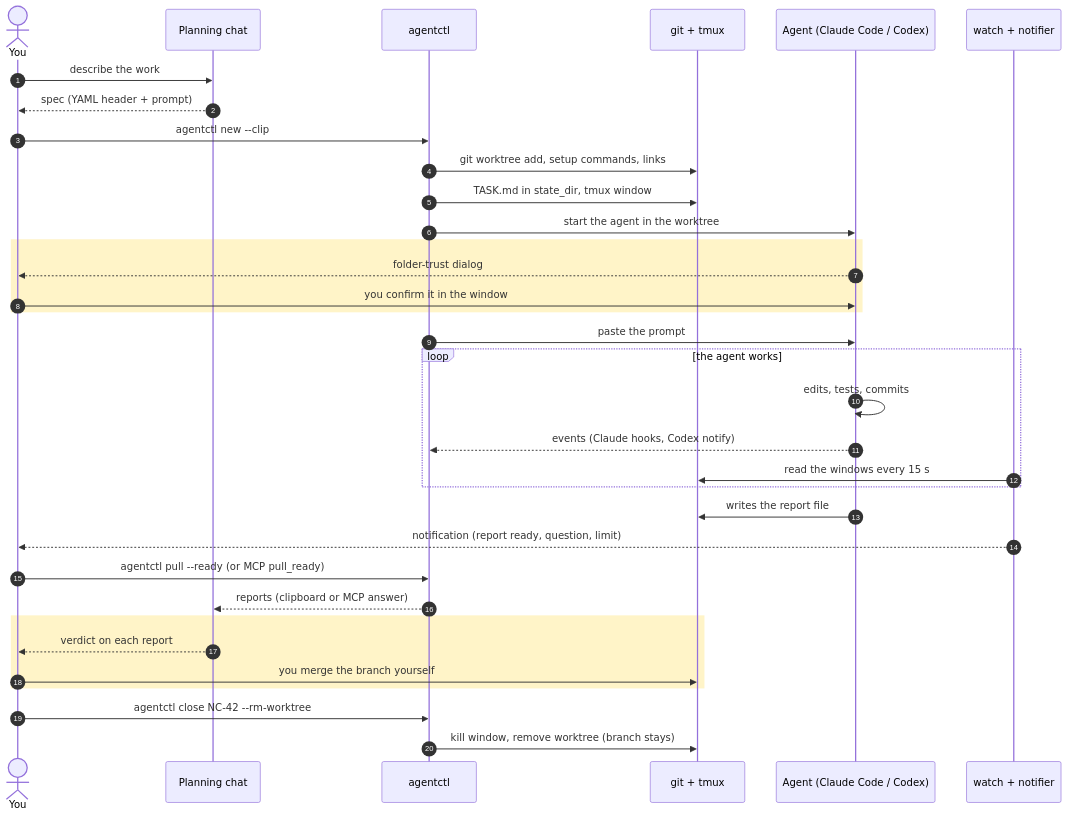
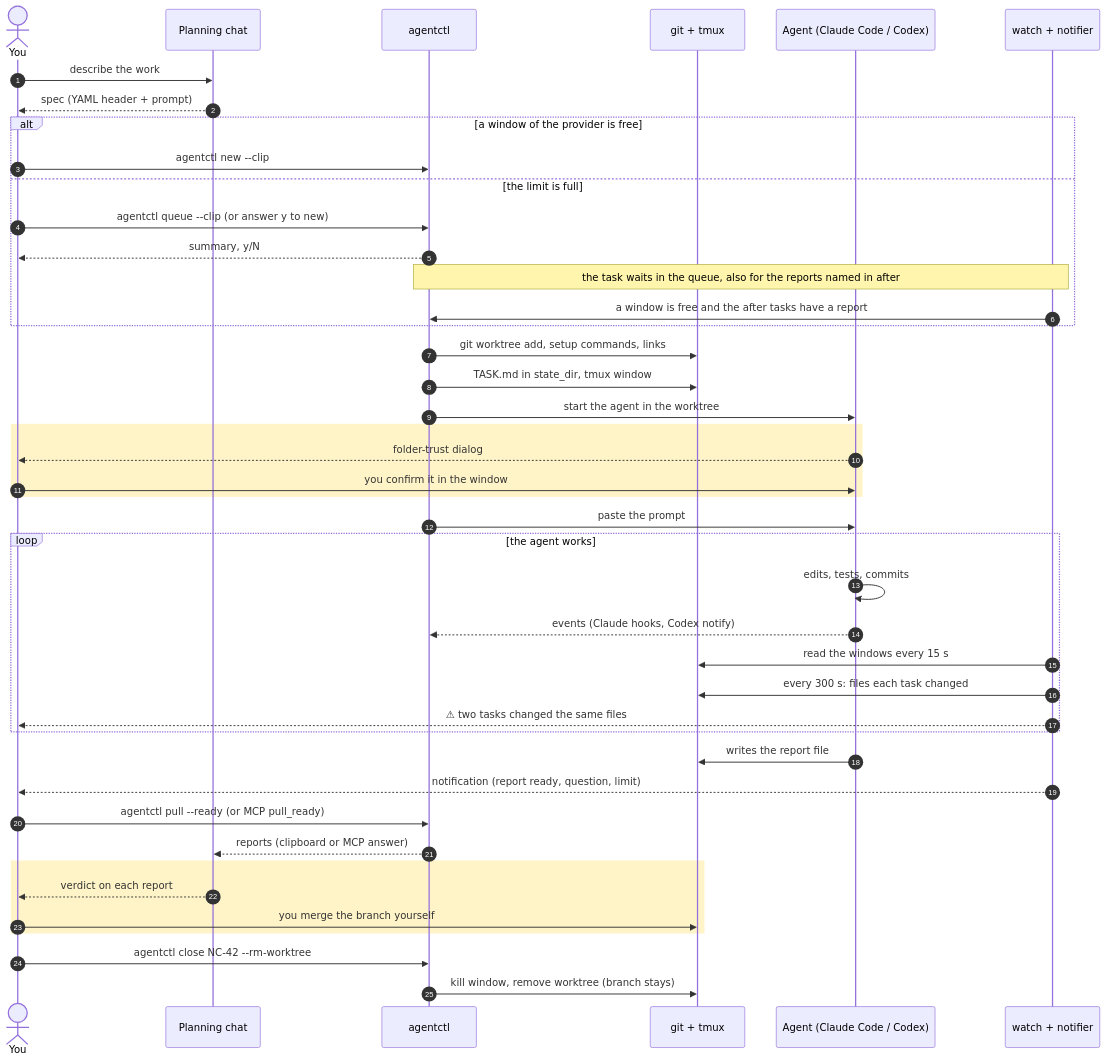
One commit to Setech-pl/agentctl changed the first of 3 diagrams in README.md. Above: the diagram before and after it, drawn with Mermaid. The commit also changed other lines of this file and 7 other files, not shown here.

Commit message:
Documentation for 0.9.0: Queue, Dependencies and Collisions in both READMEs, details, configuration and MCP docs, diagrams with the queue, CHANGELOG, version 0.9.0

````diff
--- a/README.md
+++ b/README.md
@@ -26,37 +27,46 @@
 ```mermaid
 sequenceDiagram
     autonumber
     actor H as You
     participant C as Planning chat
     participant A as agentctl
     participant G as git + tmux
     participant X as Agent (Claude Code / Codex)
     participant W as watch + notifier
 
     H->>C: describe the work
     C-->>H: spec (YAML header + prompt)
-    H->>A: agentctl new --clip
+    alt a window of the provider is free
+        H->>A: agentctl new --clip
+    else the limit is full
+        H->>A: agentctl queue --clip (or answer y to new)
+        A-->>H: summary, y/N
+        Note over A,W: the task waits in the queue, also for the reports named in after
+        W->>A: a window is free and the after tasks have a report
+    end
     A->>G: git worktree add, setup commands, links
     A->>G: TASK.md in state_dir, tmux window
     A->>X: start the agent in the worktree
     rect rgb(255, 244, 200)
     X-->>H: folder-trust dialog
     H->>X: you confirm it in the window
     end
     A->>X: paste the prompt
     loop the agent works
         X->>X: edits, tests, commits
         X-->>A: events (Claude hooks, Codex notify)
         W->>G: read the windows every 15 s
+        W->>G: every 300 s: files each task changed
+        W-->>H: ⚠ two tasks changed the same files
     end
     X->>G: writes the report file
     W-->>H: notification (report ready, question, limit)
     H->>A: agentctl pull --ready (or MCP pull_ready)
     A-->>C: reports (clipboard or MCP answer)
     rect rgb(255, 244, 200)
     C-->>H: verdict on each report
     H->>G: you merge the branch yourself
     end
     H->>A: agentctl close NC-42 --rm-worktree
     A->>G: kill window, remove worktree (branch stays)
 ```
````
